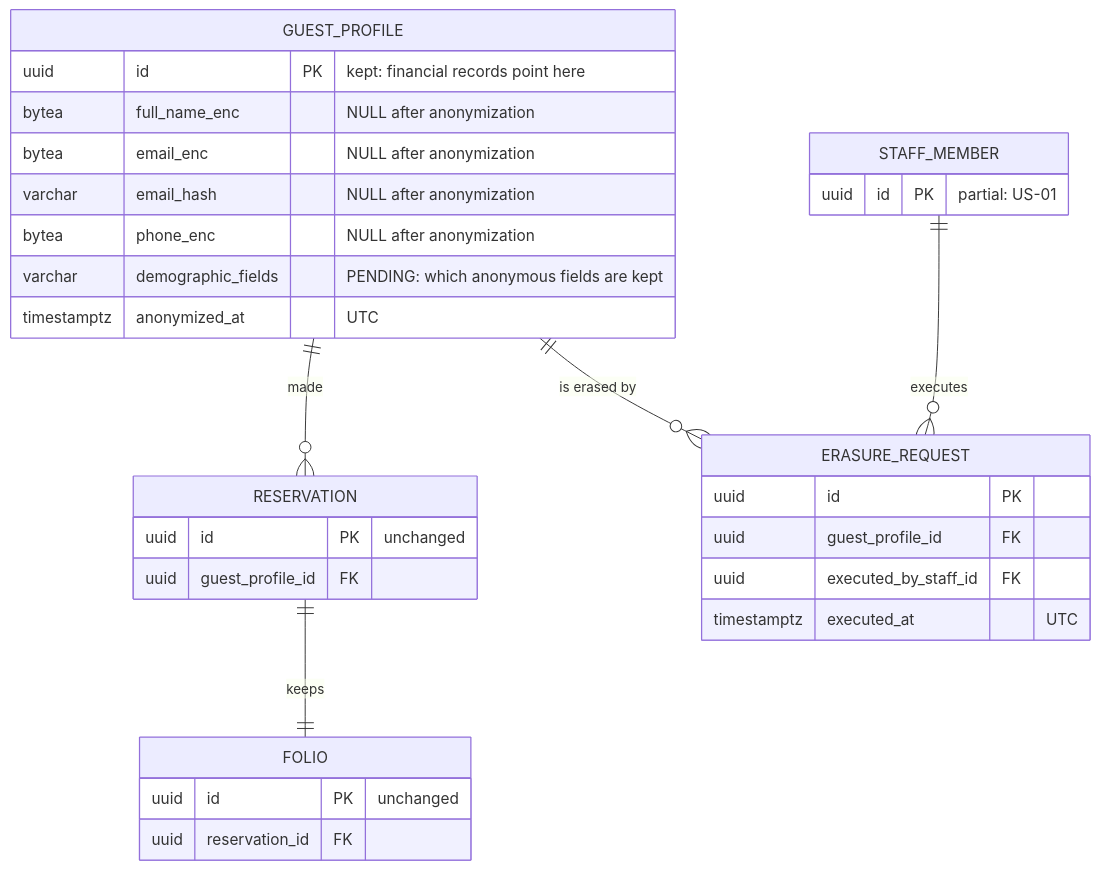
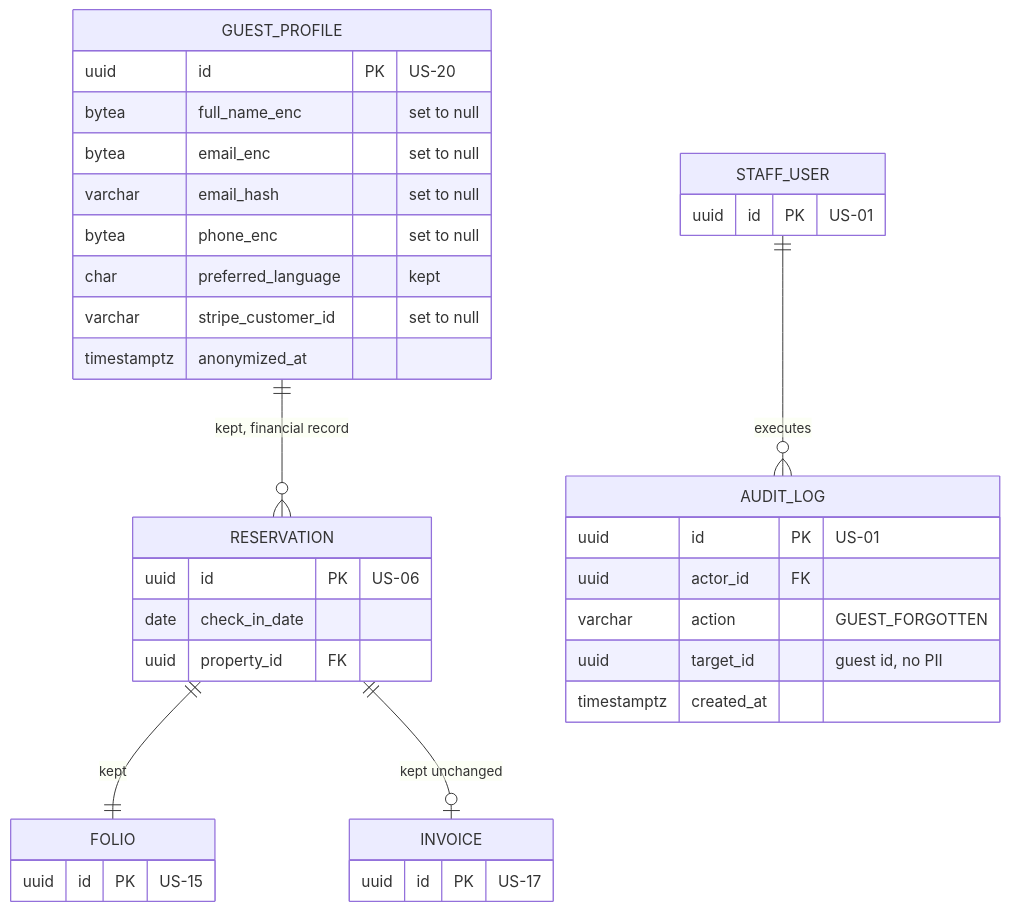
Before and after one commit to BraceroInSabot/Motel-Starmie: the second of 3 diagrams in docs/Initial Requirements/Diagrams/US-21 - Forget Me (PII Anonymization).md, drawn with Mermaid. The commit also changed other lines of this file and 51 other files, not shown here.

````diff
--- a/docs/Initial Requirements/Diagrams/US-21 - Forget Me (PII Anonymization).md
+++ b/docs/Initial Requirements/Diagrams/US-21 - Forget Me (PII Anonymization).md
@@ -160,34 +106,39 @@
 ```mermaid
 erDiagram
-    GUEST_PROFILE ||--o{ RESERVATION : "made"
-    GUEST_PROFILE ||--o{ ERASURE_REQUEST : "is erased by"
-    STAFF_MEMBER ||--o{ ERASURE_REQUEST : "executes"
-    RESERVATION ||--|| FOLIO : "keeps"
+    GUEST_PROFILE ||--o{ RESERVATION : "kept, financial record"
+    RESERVATION ||--|| FOLIO : "kept"
+    RESERVATION ||--o| INVOICE : "kept unchanged"
+    STAFF_USER ||--o{ AUDIT_LOG : "executes"
 
     GUEST_PROFILE {
-        uuid id PK "kept: financial records point here"
-        bytea full_name_enc "NULL after anonymization"
-        bytea email_enc "NULL after anonymization"
-        varchar email_hash "NULL after anonymization"
-        bytea phone_enc "NULL after anonymization"
-        varchar demographic_fields "PENDING: which anonymous fields are kept"
-        timestamptz anonymized_at "UTC"
+        uuid id PK "US-20"
+        bytea full_name_enc "set to null"
+        bytea email_enc "set to null"
+        varchar email_hash "set to null"
+        bytea phone_enc "set to null"
+        char preferred_language "kept"
+        varchar stripe_customer_id "set to null"
+        timestamptz anonymized_at
     }
-    ERASURE_REQUEST {
-        uuid id PK
-        uuid guest_profile_id FK
-        uuid executed_by_staff_id FK
-        timestamptz executed_at "UTC"
+    AUDIT_LOG {
+        uuid id PK "US-01"
+        uuid actor_id FK
+        varchar action "GUEST_FORGOTTEN"
+        uuid target_id "guest id, no PII"
+        timestamptz created_at
     }
     RESERVATION {
-        uuid id PK "unchanged"
-        uuid guest_profile_id FK
+        uuid id PK "US-06"
+        date check_in_date
+        uuid property_id FK
     }
     FOLIO {
-        uuid id PK "unchanged"
-        uuid reservation_id FK
+        uuid id PK "US-15"
     }
-    STAFF_MEMBER {
-        uuid id PK "partial: US-01"
+    INVOICE {
+        uuid id PK "US-17"
+    }
+    STAFF_USER {
+        uuid id PK "US-01"
     }
 ```
````
